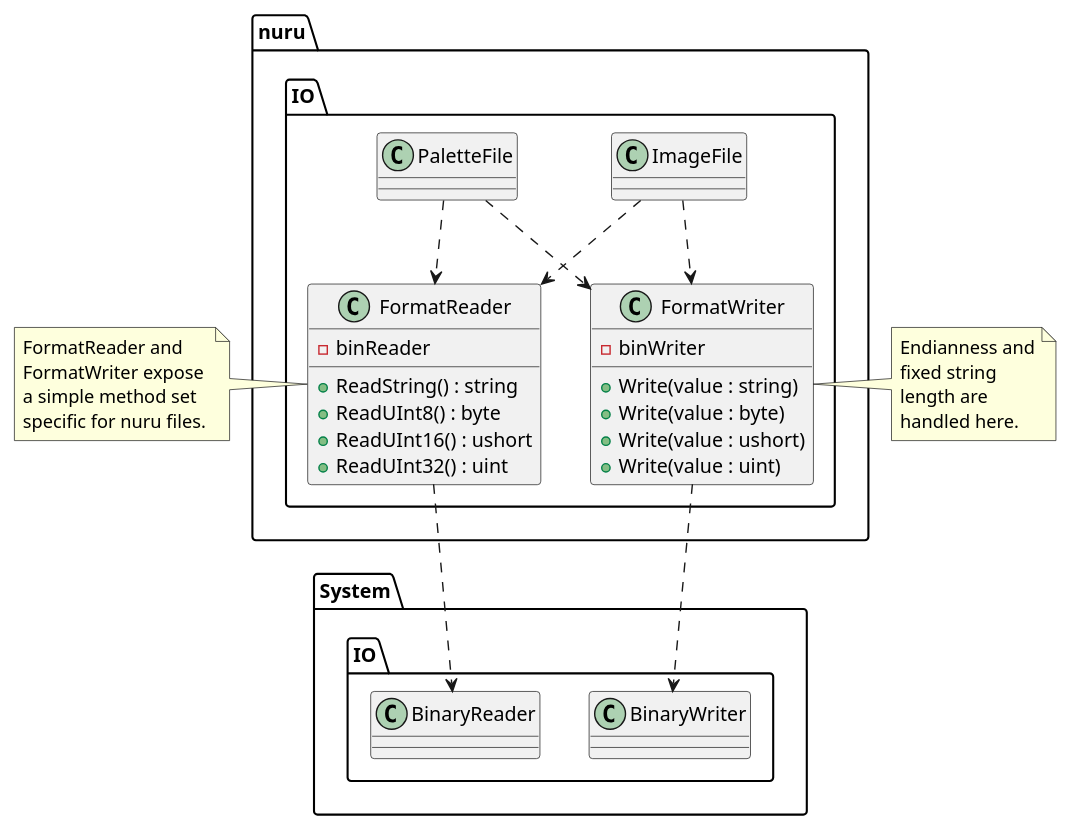
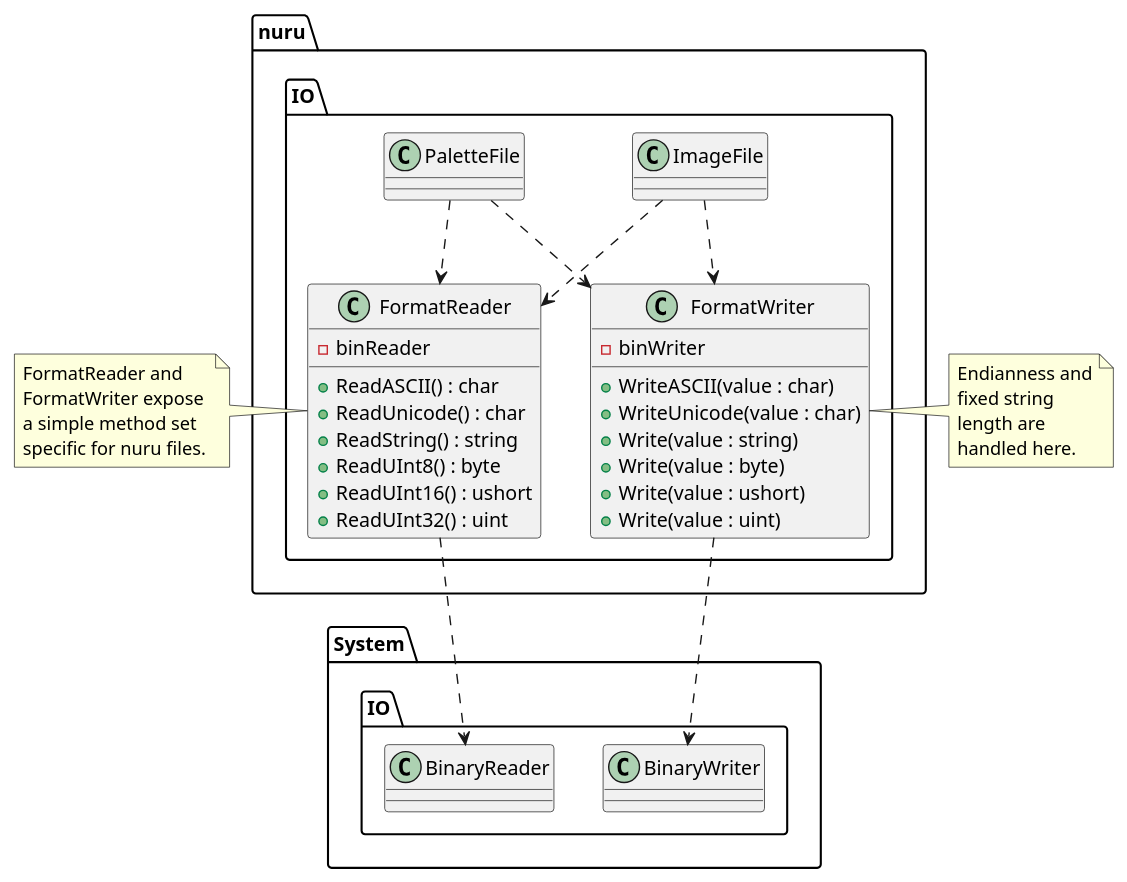
Before and after one commit to SauceChord/nuru-dot-net: the diagram in puml/format1.puml, drawn with PlantUML.

Commit message:
Add character methods to diagram

```diff
--- a/puml/format1.puml
+++ b/puml/format1.puml
@@ -1,42 +1,46 @@
 @startuml
 class nuru.IO.ImageFile
 class nuru.IO.PaletteFile
 class nuru.IO.FormatReader {
   -binReader
+  +ReadASCII() : char
+  +ReadUnicode() : char
   +ReadString() : string
   +ReadUInt8() : byte
   +ReadUInt16() : ushort
   +ReadUInt32() : uint
 }
 class nuru.IO.FormatWriter {
   -binWriter
+  +WriteASCII(value : char)
+  +WriteUnicode(value : char)
   +Write(value : string)
   +Write(value : byte)
   +Write(value : ushort)
   +Write(value : uint)
 }
 
 class System.IO.BinaryReader
 class System.IO.BinaryWriter
 
 nuru.IO.ImageFile -[dashed]-> nuru.IO.FormatReader
 nuru.IO.ImageFile -[dashed]-> nuru.IO.FormatWriter
 nuru.IO.PaletteFile -[dashed]-> nuru.IO.FormatReader
 nuru.IO.PaletteFile -[dashed]-> nuru.IO.FormatWriter
 nuru.IO.FormatReader -[dashed]-> System.IO.BinaryReader
 nuru.IO.FormatWriter -[dashed]-> System.IO.BinaryWriter
 
 note left of nuru.IO.FormatReader
   FormatReader and 
   FormatWriter expose 
   a simple method set 
   specific for nuru files.
 end note
 
 note right of nuru.IO.FormatWriter
   Endianness and
   fixed string
   length are
   handled here.
 end note
 @enduml
```
